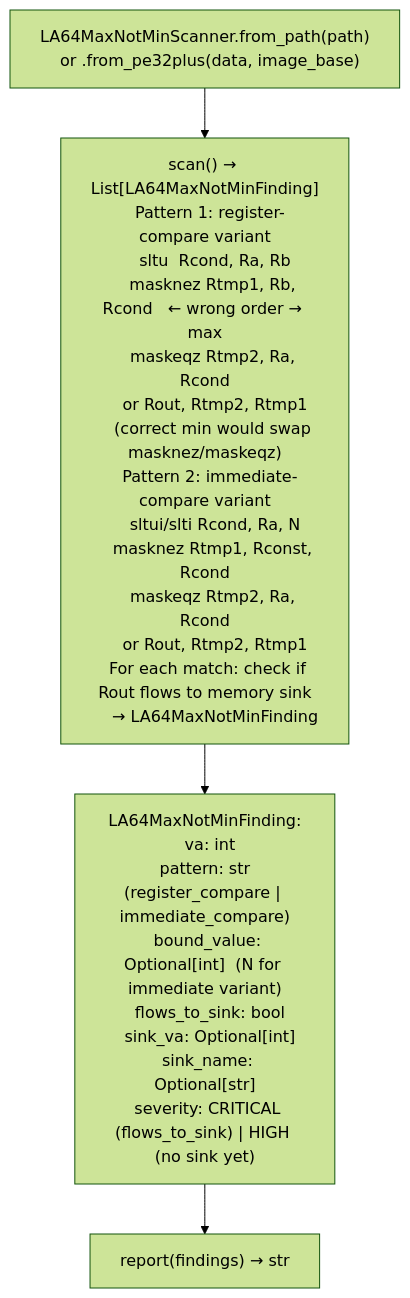
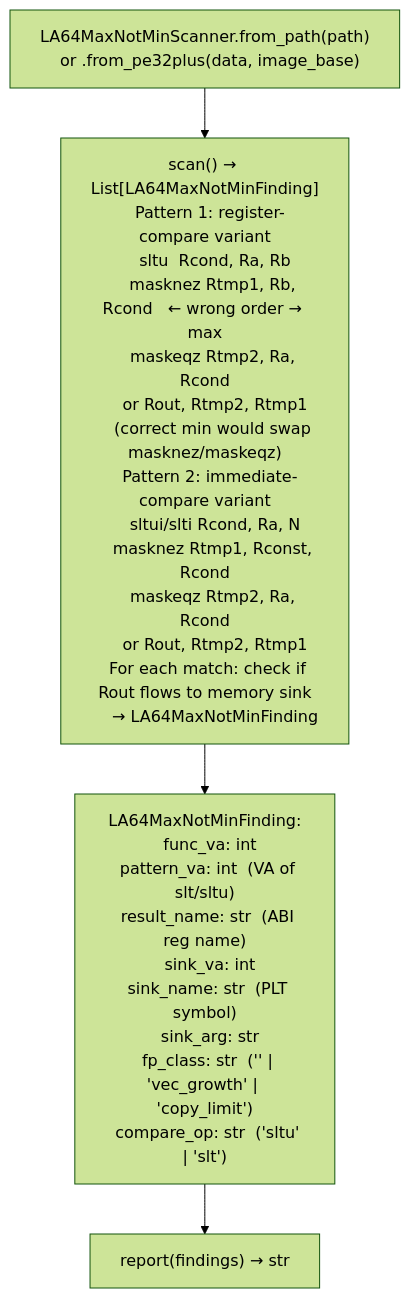
Before and after one commit to Ablation-Tool/ablation: the diagram in docs/reference-modules/loongarch64-2.md, drawn with Mermaid (forest theme). The commit also changed other lines of this file and 2 other files, not shown here.

First line of the commit message:
docs: fix wrong finding fields in game-re, loongarch64-2, vuln-scanners

````diff
--- a/docs/reference-modules/loongarch64-2.md
+++ b/docs/reference-modules/loongarch64-2.md
@@ -19,6 +19,6 @@
 ```mermaid
 flowchart TD
     A["LA64MaxNotMinScanner.from_path(path)\n  or .from_pe32plus(data, image_base)"] --> B["scan() → List[LA64MaxNotMinFinding]\n  Pattern 1: register-compare variant\n    sltu  Rcond, Ra, Rb\n    masknez Rtmp1, Rb, Rcond   ← wrong order → max\n    maskeqz Rtmp2, Ra, Rcond\n    or Rout, Rtmp2, Rtmp1\n    (correct min would swap masknez/maskeqz)\n  Pattern 2: immediate-compare variant\n    sltui/slti Rcond, Ra, N\n    masknez Rtmp1, Rconst, Rcond\n    maskeqz Rtmp2, Ra, Rcond\n    or Rout, Rtmp2, Rtmp1\n  For each match: check if Rout flows to memory sink\n    → LA64MaxNotMinFinding"]
-    B --> C["LA64MaxNotMinFinding:\n  va: int\n  pattern: str  (register_compare | immediate_compare)\n  bound_value: Optional[int]  (N for immediate variant)\n  flows_to_sink: bool\n  sink_va: Optional[int]\n  sink_name: Optional[str]\n  severity: CRITICAL (flows_to_sink) | HIGH (no sink yet)"]
+    B --> C["LA64MaxNotMinFinding:\n  func_va: int\n  pattern_va: int  (VA of slt/sltu)\n  result_name: str  (ABI reg name)\n  sink_va: int\n  sink_name: str  (PLT symbol)\n  sink_arg: str\n  fp_class: str  ('' | 'vec_growth' | 'copy_limit')\n  compare_op: str  ('sltu' | 'slt')"]
     C --> D["report(findings) → str"]
 ```
````
